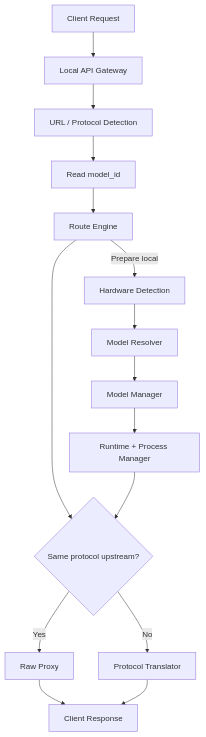
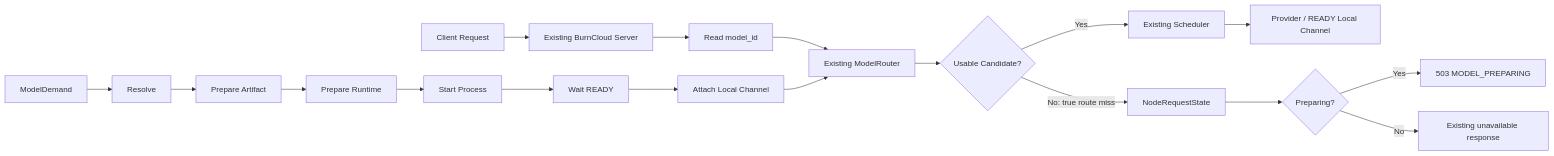
The second of 2 diagrams in docs/burncloud-node/index.md (burncloud/burncloud.github.io), drawn with Mermaid before and after one commit. The commit also changed other lines of this file and 4 other files, not shown here.

First line of the commit message:
docs(node): update BurnCloud Node for implemented framework

````diff
--- a/docs/burncloud-node/index.md
+++ b/docs/burncloud-node/index.md
@@ -40,17 +41,21 @@
 ```mermaid
-flowchart TD
-    A["Client Request"] --> B["Local API Gateway"]
-    B --> C["URL / Protocol Detection"]
-    C --> D["Read model_id"]
-    D --> E["Route Engine"]
-    E --> F{"Same protocol upstream?"}
-    F -->|Yes| RAW["Raw Proxy"]
-    F -->|No| TRANS["Protocol Translator"]
-    E -->|Prepare local| H["Hardware Detection"]
-    H --> I["Model Resolver"]
-    I --> J["Model Manager"]
-    J --> K["Runtime + Process Manager"]
-    K --> F
-    RAW --> Z["Client Response"]
-    TRANS --> Z
+flowchart LR
+    A["Client Request"] --> B["Existing BurnCloud Server"]
+    B --> C["Read model_id"]
+    C --> D["Existing ModelRouter"]
+    D --> E{"Usable Candidate?"}
+    E -->|Yes| F["Existing Scheduler"]
+    F --> G["Provider / READY Local Channel"]
+    E -->|No: true route miss| H["NodeRequestState"]
+    H --> I{"Preparing?"}
+    I -->|Yes| J["503 MODEL_PREPARING"]
+    I -->|No| K["Existing unavailable response"]
+
+    L["ModelDemand"] --> M["Resolve"]
+    M --> N["Prepare Artifact"]
+    N --> O["Prepare Runtime"]
+    O --> P["Start Process"]
+    P --> Q["Wait READY"]
+    Q --> R["Attach Local Channel"]
+    R --> D
 ```
````
